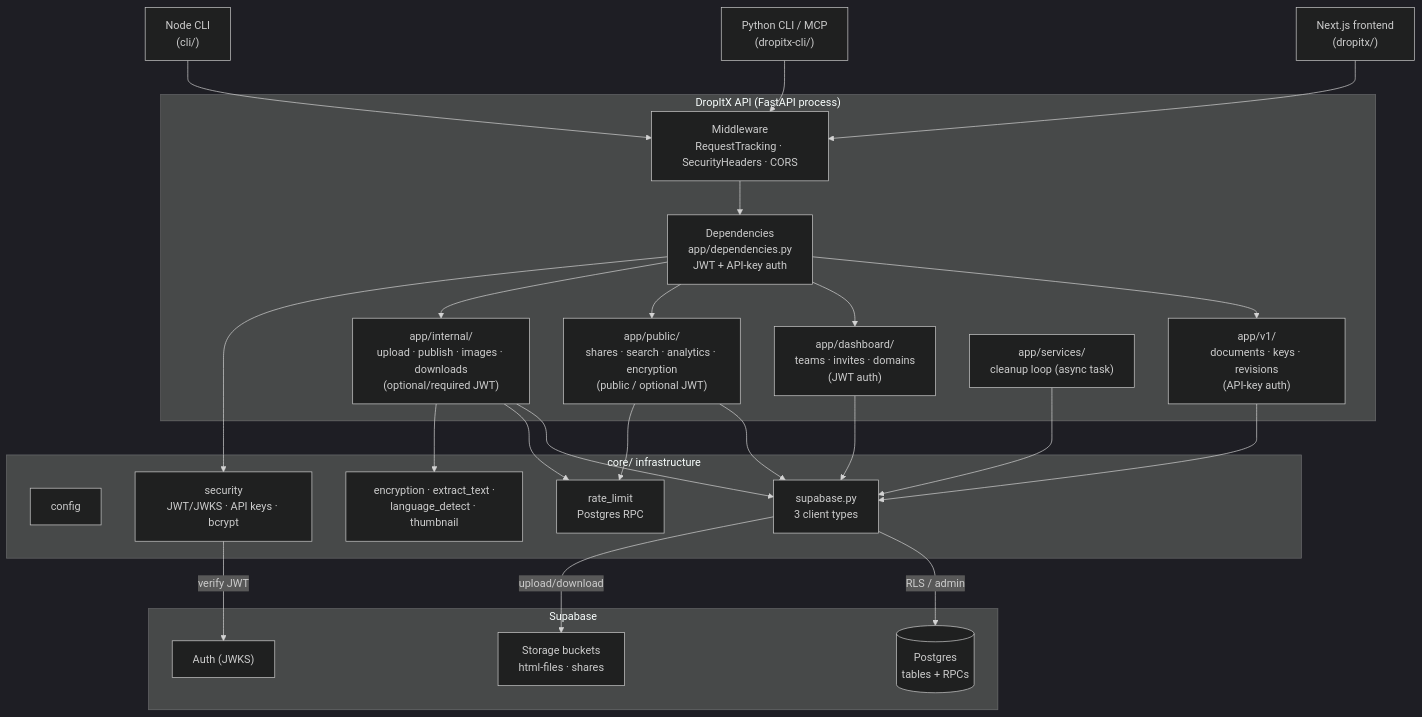
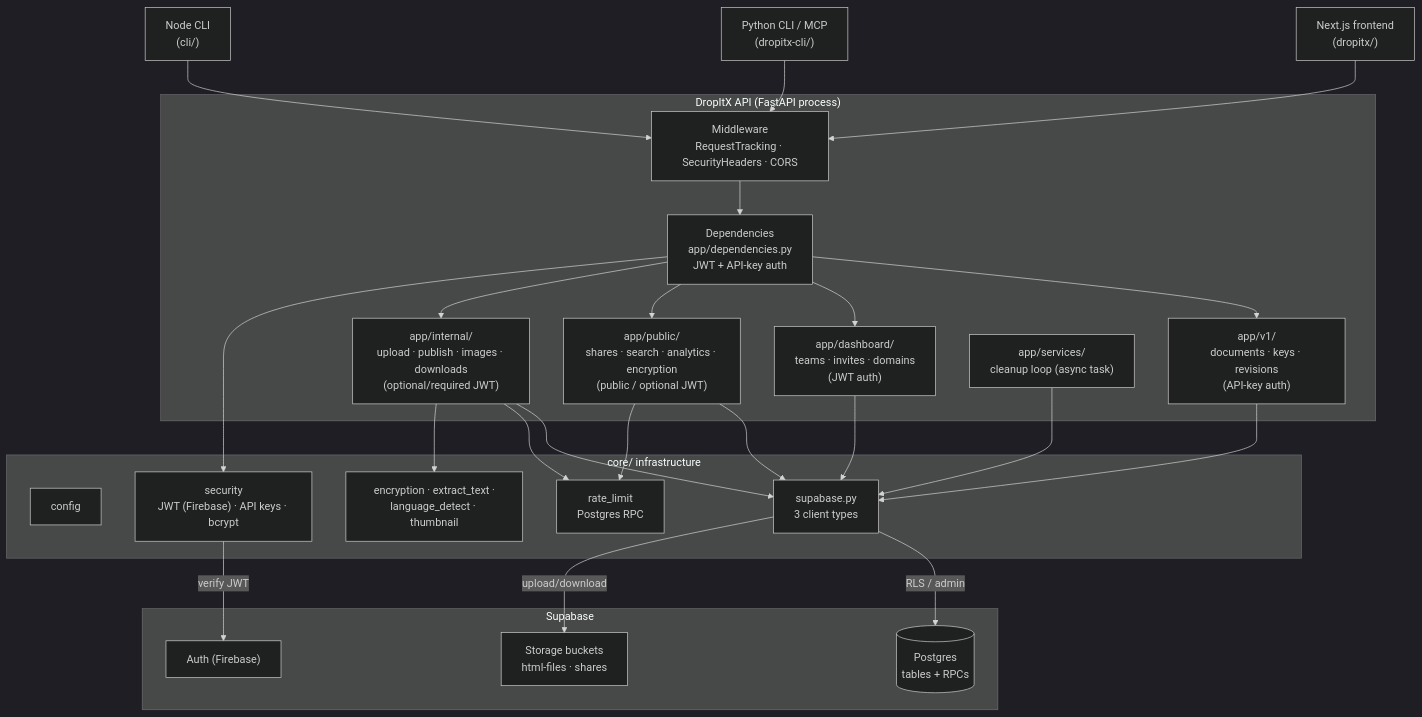
One commit to dropitx-io/dropitx-api changed the diagram in docs/ARCHITECTURE.md. Above: the diagram before and after it, drawn with Mermaid (dark theme). The commit also changed other lines of this file and 4 other files, not shown here.

First line of the commit message:
docs(02-03): describe Firebase, not Supabase JWT/JWKS, as live auth in core docs

````diff
--- a/docs/ARCHITECTURE.md
+++ b/docs/ARCHITECTURE.md
@@ -14,42 +14,42 @@
 ```mermaid
 graph TD
     FE["Next.js frontend<br/>(dropitx/)"]
     PYCLI["Python CLI / MCP<br/>(dropitx-cli/)"]
     NCLI["Node CLI<br/>(cli/)"]
 
     subgraph API["DropItX API (FastAPI process)"]
         MW["Middleware<br/>RequestTracking · SecurityHeaders · CORS"]
         DEP["Dependencies<br/>app/dependencies.py<br/>JWT + API-key auth"]
         V1["app/v1/<br/>documents · keys · revisions<br/>(API-key auth)"]
         DASH["app/dashboard/<br/>teams · invites · domains<br/>(JWT auth)"]
         PUB["app/public/<br/>shares · search · analytics · encryption<br/>(public / optional JWT)"]
         INT["app/internal/<br/>upload · publish · images · downloads<br/>(optional/required JWT)"]
         SVC["app/services/<br/>cleanup loop (async task)"]
     end
 
     subgraph CORE["core/ infrastructure"]
         CFG["config"]
         SB["supabase.py<br/>3 client types"]
-        SEC["security<br/>JWT/JWKS · API keys · bcrypt"]
+        SEC["security<br/>JWT (Firebase) · API keys · bcrypt"]
         RL["rate_limit<br/>Postgres RPC"]
         ENC["encryption · extract_text ·<br/>language_detect · thumbnail"]
     end
 
     subgraph SUPA["Supabase"]
-        AUTH["Auth (JWKS)"]
+        AUTH["Auth (Firebase)"]
         DB[("Postgres<br/>tables + RPCs")]
         ST["Storage buckets<br/>html-files · shares"]
     end
 
     FE & PYCLI & NCLI --> MW
     MW --> DEP
     DEP --> V1 & DASH & PUB & INT
     V1 & DASH & PUB & INT --> SB
     SVC --> SB
     DEP --> SEC
     PUB & INT --> RL
     INT --> ENC
     SEC -->|verify JWT| AUTH
     SB -->|RLS / admin| DB
     SB -->|upload/download| ST
 ```
````
